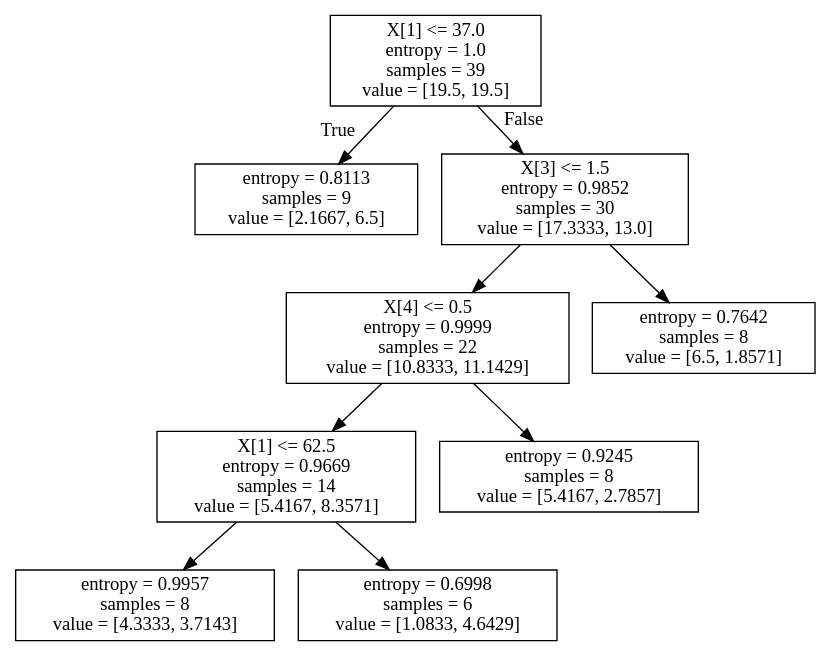
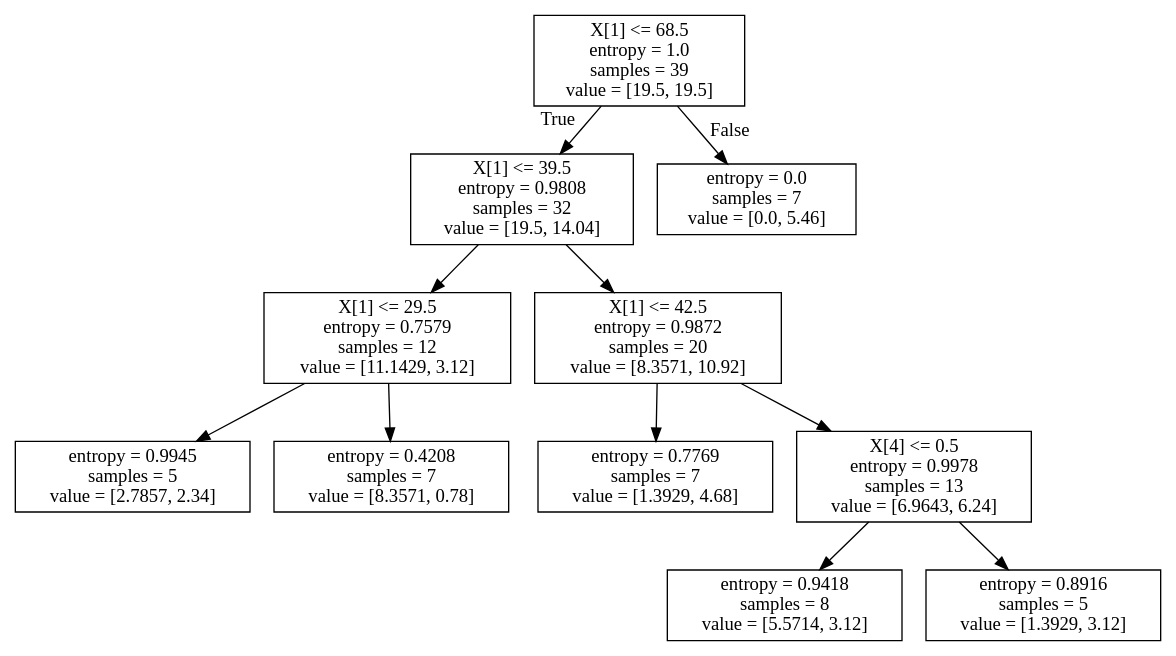
The diagram in iris.dot (DeepinSC/Machine_learning-Countryside), drawn with Graphviz before and after one commit. The commit also changed 2 other files, not shown here.

```diff
--- a/iris.dot
+++ b/iris.dot
@@ -1,20 +1,24 @@
 digraph Tree {
 node [shape=box] ;
-0 [label="X[1] <= 37.0\nentropy = 1.0\nsamples = 39\nvalue = [19.5, 19.5]"] ;
-1 [label="entropy = 0.8113\nsamples = 9\nvalue = [2.1667, 6.5]"] ;
+0 [label="X[1] <= 68.5\nentropy = 1.0\nsamples = 39\nvalue = [19.5, 19.5]"] ;
+1 [label="X[1] <= 39.5\nentropy = 0.9808\nsamples = 32\nvalue = [19.5, 14.04]"] ;
 0 -> 1 [labeldistance=2.5, labelangle=45, headlabel="True"] ;
-2 [label="X[3] <= 1.5\nentropy = 0.9852\nsamples = 30\nvalue = [17.3333, 13.0]"] ;
-0 -> 2 [labeldistance=2.5, labelangle=-45, headlabel="False"] ;
-3 [label="X[4] <= 0.5\nentropy = 0.9999\nsamples = 22\nvalue = [10.8333, 11.1429]"] ;
+2 [label="X[1] <= 29.5\nentropy = 0.7579\nsamples = 12\nvalue = [11.1429, 3.12]"] ;
+1 -> 2 ;
+3 [label="entropy = 0.9945\nsamples = 5\nvalue = [2.7857, 2.34]"] ;
 2 -> 3 ;
-4 [label="X[1] <= 62.5\nentropy = 0.9669\nsamples = 14\nvalue = [5.4167, 8.3571]"] ;
-3 -> 4 ;
-5 [label="entropy = 0.9957\nsamples = 8\nvalue = [4.3333, 3.7143]"] ;
-4 -> 5 ;
-6 [label="entropy = 0.6998\nsamples = 6\nvalue = [1.0833, 4.6429]"] ;
-4 -> 6 ;
-7 [label="entropy = 0.9245\nsamples = 8\nvalue = [5.4167, 2.7857]"] ;
-3 -> 7 ;
-8 [label="entropy = 0.7642\nsamples = 8\nvalue = [6.5, 1.8571]"] ;
-2 -> 8 ;
+4 [label="entropy = 0.4208\nsamples = 7\nvalue = [8.3571, 0.78]"] ;
+2 -> 4 ;
+5 [label="X[1] <= 42.5\nentropy = 0.9872\nsamples = 20\nvalue = [8.3571, 10.92]"] ;
+1 -> 5 ;
+6 [label="entropy = 0.7769\nsamples = 7\nvalue = [1.3929, 4.68]"] ;
+5 -> 6 ;
+7 [label="X[4] <= 0.5\nentropy = 0.9978\nsamples = 13\nvalue = [6.9643, 6.24]"] ;
+5 -> 7 ;
+8 [label="entropy = 0.9418\nsamples = 8\nvalue = [5.5714, 3.12]"] ;
+7 -> 8 ;
+9 [label="entropy = 0.8916\nsamples = 5\nvalue = [1.3929, 3.12]"] ;
+7 -> 9 ;
+10 [label="entropy = 0.0\nsamples = 7\nvalue = [0.0, 5.46]"] ;
+0 -> 10 [labeldistance=2.5, labelangle=-45, headlabel="False"] ;
 }
```
